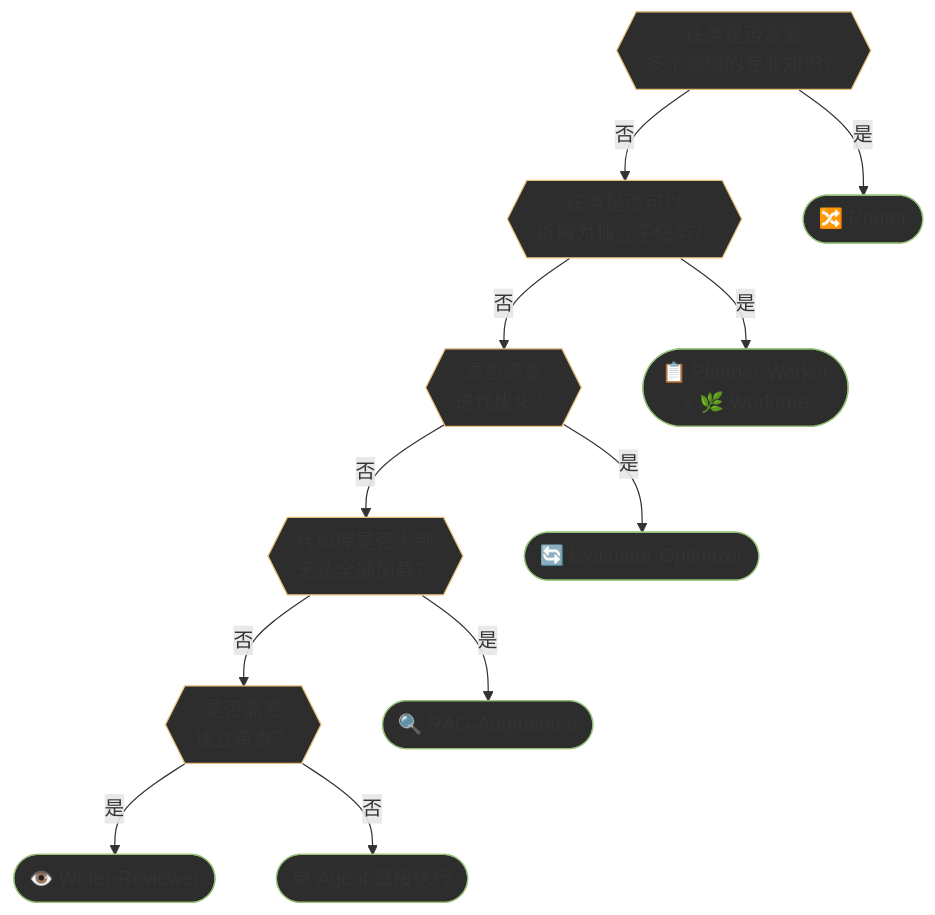
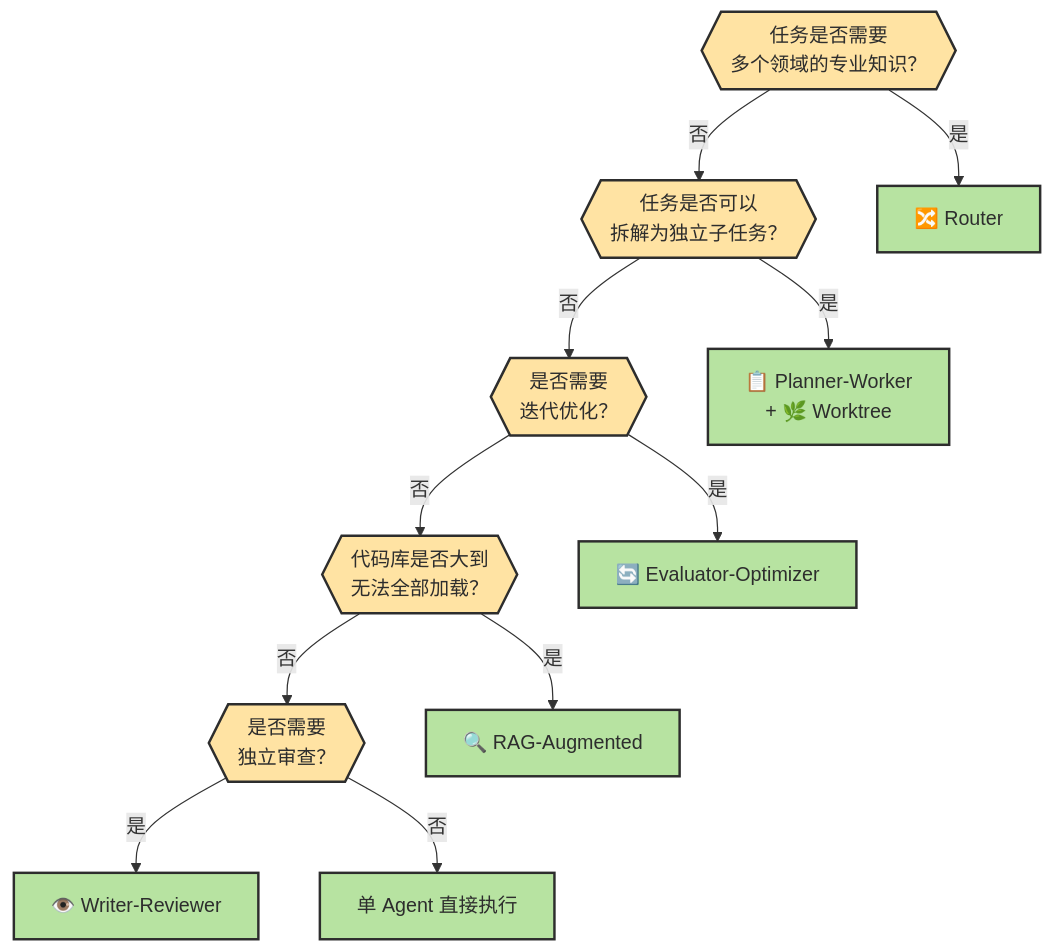
The seventh of 10 diagrams in docs/chapters/ch11-design-patterns.md (zht043/AgenticCodingTutorial), drawn with Mermaid before and after one commit. The commit also changed other lines of this file and 26 other files, not shown here.

````diff
--- a/docs/chapters/ch11-design-patterns.md
+++ b/docs/chapters/ch11-design-patterns.md
@@ -327,29 +337,29 @@
 ```mermaid
 flowchart TB
-    classDef question fill:#2d2d2d,stroke:#e5c07b
-    classDef answer fill:#2d2d2d,stroke:#98c379
+    classDef question fill:#ffe3a3,stroke:#2d2d2d,stroke-width:2px,color:#2d2d2d
+    classDef answer fill:#b7e3a1,stroke:#2d2d2d,stroke-width:2px,color:#2d2d2d
 
     Q1{{"任务是否需要<br/>多个领域的专业知识？"}}:::question
     Q2{{"任务是否可以<br/>拆解为独立子任务？"}}:::question
     Q3{{"是否需要<br/>迭代优化？"}}:::question
     Q4{{"代码库是否大到<br/>无法全部加载？"}}:::question
     Q5{{"是否需要<br/>独立审查？"}}:::question
 
-    A1(["🔀 Router"]):::answer
-    A2(["📋 Planner-Worker<br/>+ 🌿 Worktree"]):::answer
-    A3(["🔄 Evaluator-Optimizer"]):::answer
-    A4(["🔍 RAG-Augmented"]):::answer
-    A5(["👁️ Writer-Reviewer"]):::answer
-    A6(["单 Agent 直接执行"]):::answer
+    A1["🔀 Router"]:::answer
+    A2["📋 Planner-Worker<br/>+ 🌿 Worktree"]:::answer
+    A3["🔄 Evaluator-Optimizer"]:::answer
+    A4["🔍 RAG-Augmented"]:::answer
+    A5["👁️ Writer-Reviewer"]:::answer
+    A6["单 Agent 直接执行"]:::answer
 
     Q1 -->|"是"| A1
     Q1 -->|"否"| Q2
     Q2 -->|"是"| A2
     Q2 -->|"否"| Q3
     Q3 -->|"是"| A3
     Q3 -->|"否"| Q4
     Q4 -->|"是"| A4
     Q4 -->|"否"| Q5
     Q5 -->|"是"| A5
     Q5 -->|"否"| A6
 ```
````
